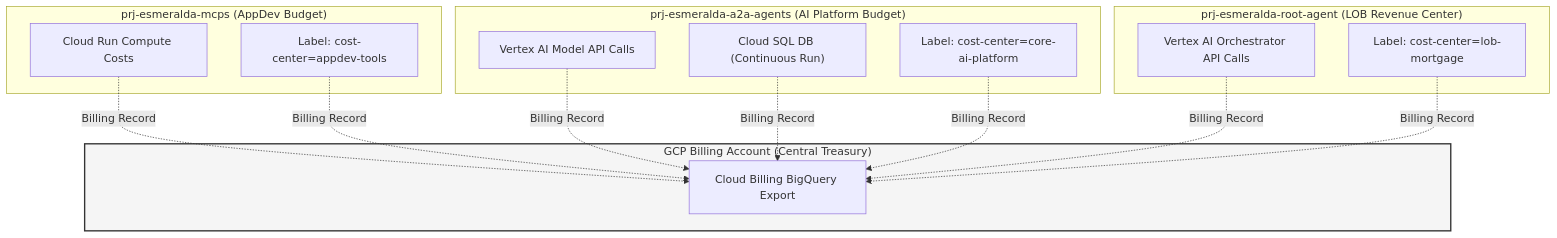
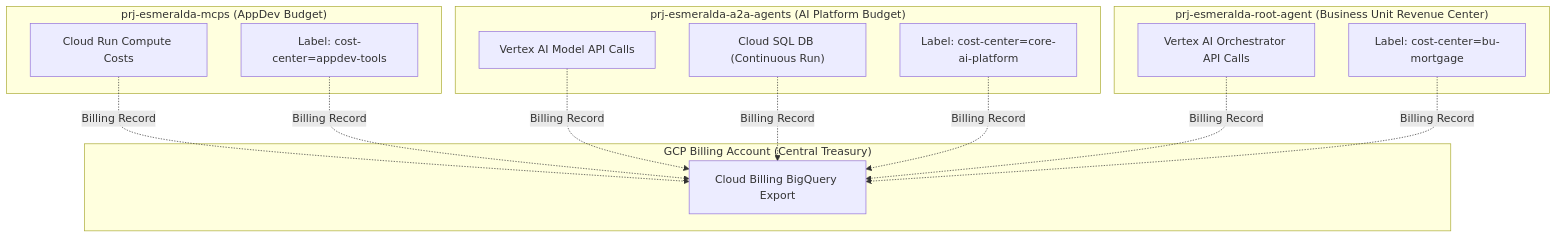
Before and after one commit to google/esmeralda: the first of 7 diagrams in docs/migration/01_platform_foundations.md, drawn with Mermaid. The commit also changed other lines of this file and 2 other files, not shown here.

Commit message:
docs: translate migration docs to English and standardize current-state architecture terminology

````diff
--- a/docs/migration/01_platform_foundations.md
+++ b/docs/migration/01_platform_foundations.md
@@ -85,29 +83,27 @@
 ```mermaid
 graph TD
     %% FinOps visualization
     subgraph Billing["GCP Billing Account (Central Treasury)"]
         Export["Cloud Billing BigQuery Export"]
     end
 
     subgraph "prj-esmeralda-mcps (AppDev Budget)"
         C1["Cloud Run Compute Costs"]
         L1["Label: cost-center=appdev-tools"]
     end
 
     subgraph "prj-esmeralda-a2a-agents (AI Platform Budget)"
         C2["Vertex AI Model API Calls"]
         C3["Cloud SQL DB (Continuous Run)"]
         L2["Label: cost-center=core-ai-platform"]
     end
 
-    subgraph "prj-esmeralda-root-agent (LOB Revenue Center)"
+    subgraph "prj-esmeralda-root-agent (Business Unit Revenue Center)"
         C4["Vertex AI Orchestrator API Calls"]
-        L3["Label: cost-center=lob-mortgage"]
+        L3["Label: cost-center=bu-mortgage"]
     end
 
     C1 & L1 -. Billing Record .-> Export
     C2 & C3 & L2 -. Billing Record .-> Export
     C4 & L3 -. Billing Record .-> Export
-
-    style Billing fill:#f5f5f5,stroke:#333,stroke-width:2px
 ```
````
